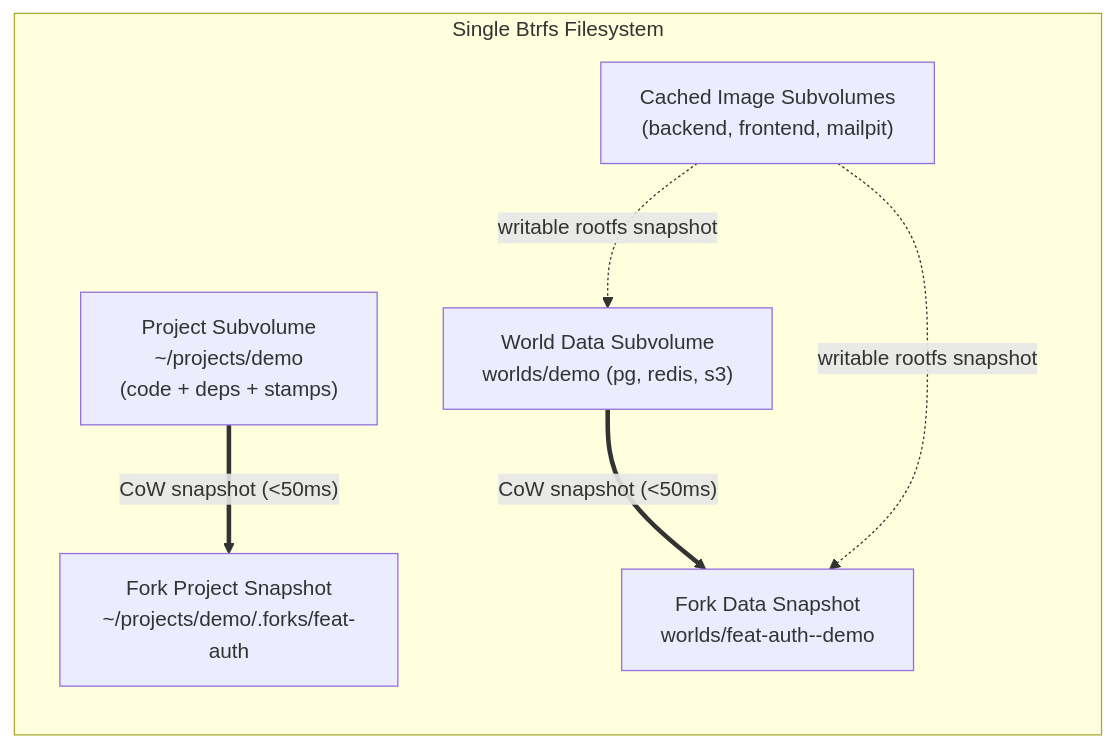
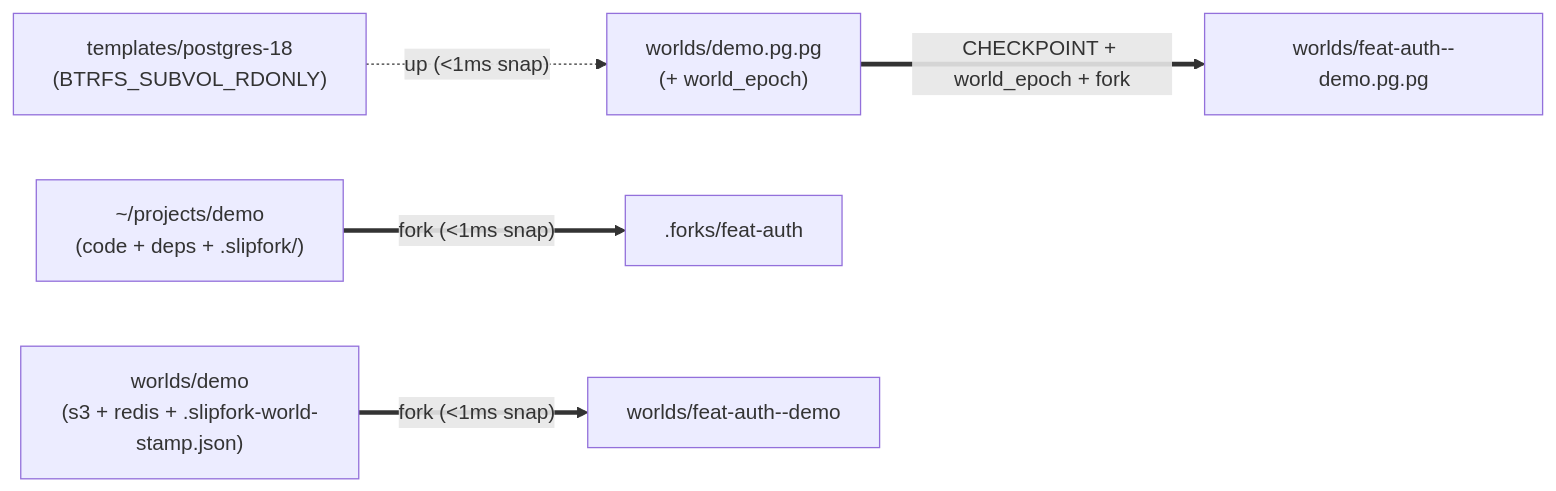
One commit to OffworldNexus/slipfork changed the first of 3 diagrams in specs/03-under-the-hood.md. Above: the diagram before and after it, drawn with Mermaid. The commit also changed other lines of this file and 13 other files, not shown here.

````diff
--- a/specs/03-under-the-hood.md
+++ b/specs/03-under-the-hood.md
@@ -32,16 +35,7 @@
 ```mermaid
 flowchart LR
-  subgraph Btrfs["Single Btrfs Filesystem"]
-    Img["Cached Image Subvolumes\n(backend, frontend, mailpit)"]
-    Proj["Project Subvolume\n~/projects/demo\n(code + deps + stamps)"]
-    State["World Data Subvolume\nworlds/demo (pg, redis, s3)"]
-
-    ForkProj["Fork Project Snapshot\n~/projects/demo/.forks/feat-auth"]
-    ForkState["Fork Data Snapshot\nworlds/feat-auth--demo"]
-
-    Proj ==>|"CoW snapshot (<50ms)"| ForkProj
-    State ==>|"CoW snapshot (<50ms)"| ForkState
-    Img -.->|"writable rootfs snapshot"| State
-    Img -.->|"writable rootfs snapshot"| ForkState
-  end
+  Tpl["templates/postgres-18\n(BTRFS_SUBVOL_RDONLY)"] -.->|"up (<1ms snap)"| Pg["worlds/demo.pg.pg\n(+ world_epoch)"]
+  Proj["~/projects/demo\n(code + deps + .slipfork/)"] ==>|"fork (<1ms snap)"| FProj[".forks/feat-auth"]
+  World["worlds/demo\n(s3 + redis + .slipfork-world-stamp.json)"] ==>|"fork (<1ms snap)"| FWorld["worlds/feat-auth--demo"]
+  Pg ==>|"CHECKPOINT + world_epoch + fork"| FPg["worlds/feat-auth--demo.pg.pg"]
 ```
````
